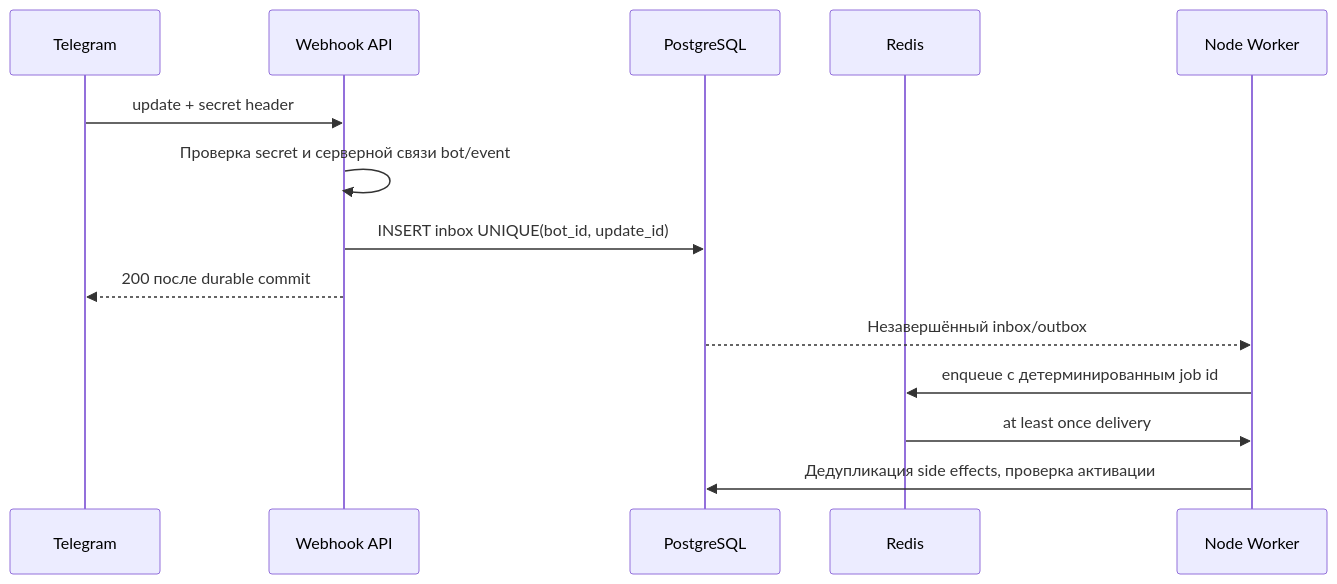
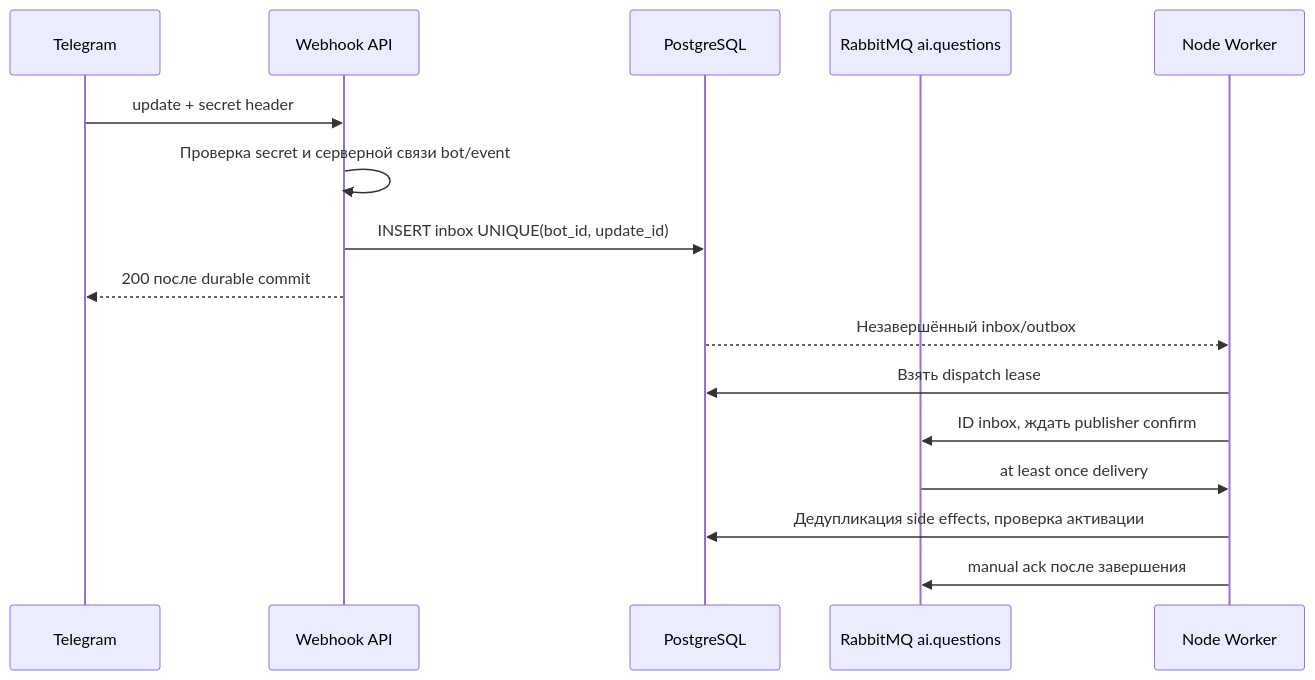
The fourth of 8 diagrams in docs/openfacto/ARCHITECTURE.md (Feruum/OpenFacto), drawn with Mermaid before and after one commit. The commit also changed other lines of this file and 1379 other files, not shown here.

````diff
--- a/docs/openfacto/ARCHITECTURE.md
+++ b/docs/openfacto/ARCHITECTURE.md
@@ -56,16 +123,18 @@
 ```mermaid
 sequenceDiagram
   participant TG as Telegram
   participant API as Webhook API
   participant DB as PostgreSQL
-  participant Q as Redis
+  participant Q as RabbitMQ ai.questions
   participant W as Node Worker
   TG->>API: update + secret header
   API->>API: Проверка secret и серверной связи bot/event
   API->>DB: INSERT inbox UNIQUE(bot_id, update_id)
   API-->>TG: 200 после durable commit
   DB-->>W: Незавершённый inbox/outbox
-  W->>Q: enqueue с детерминированным job id
+  W->>DB: Взять dispatch lease
+  W->>Q: ID inbox, ждать publisher confirm
   Q->>W: at least once delivery
   W->>DB: Дедупликация side effects, проверка активации
+  W->>Q: manual ack после завершения
 ```
````
